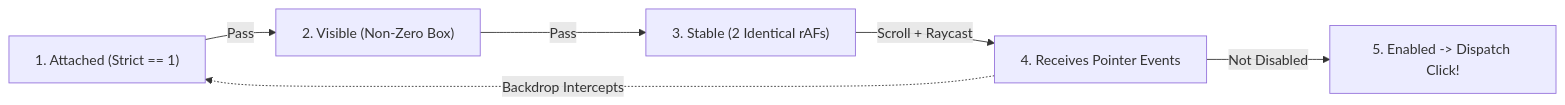
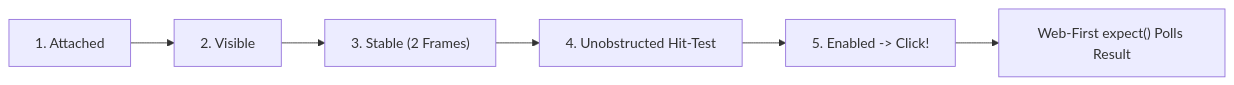
Before and after one commit to manjunathk833/codingforinterviews: the diagram in knowledgebase/03-ui-automation-playwright/05-five-actionability-gates-and-web-first-assertions.md, drawn with Mermaid. The commit also changed other lines of this file and 55 other files, not shown here.

````diff
--- a/knowledgebase/03-ui-automation-playwright/05-five-actionability-gates-and-web-first-assertions.md
+++ b/knowledgebase/03-ui-automation-playwright/05-five-actionability-gates-and-web-first-assertions.md
@@ -71,8 +99,8 @@
 ```mermaid
 flowchart LR
-  G1["1. Attached (Strict == 1)"] -->|Pass| G2["2. Visible (Non-Zero Box)"]
-  G2 -->|Pass| G3["3. Stable (2 Identical rAFs)"]
-  G3 -->|Scroll + Raycast| G4["4. Receives Pointer Events"]
-  G4 -->|Not Disabled| G5["5. Enabled -> Dispatch Click!"]
-  G4 -.->|Backdrop Intercepts| G1
+  G1["1. Attached"] --> G2["2. Visible"]
+  G2 --> G3["3. Stable (2 Frames)"]
+  G3 --> G4["4. Unobstructed Hit-Test"]
+  G4 --> G5["5. Enabled -> Click!"]
+  G5 --> Expect["Web-First expect() Polls Result"]
 ```
````
